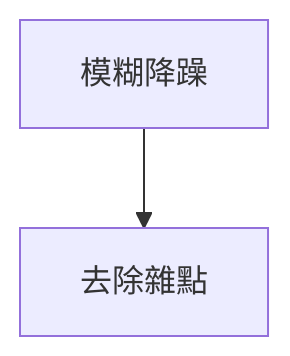
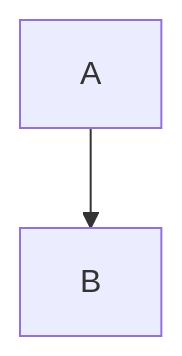
Before and after one commit to grant1004/license-plate-recognition: the diagram in README.md, drawn with Mermaid.

````diff
--- a/README.md
+++ b/README.md
@@ -14,4 +14,4 @@
 ```mermaid
 flowchart TD;
-     模糊降躁-->去除雜點 ;
+  A-->B;
 ```
````
